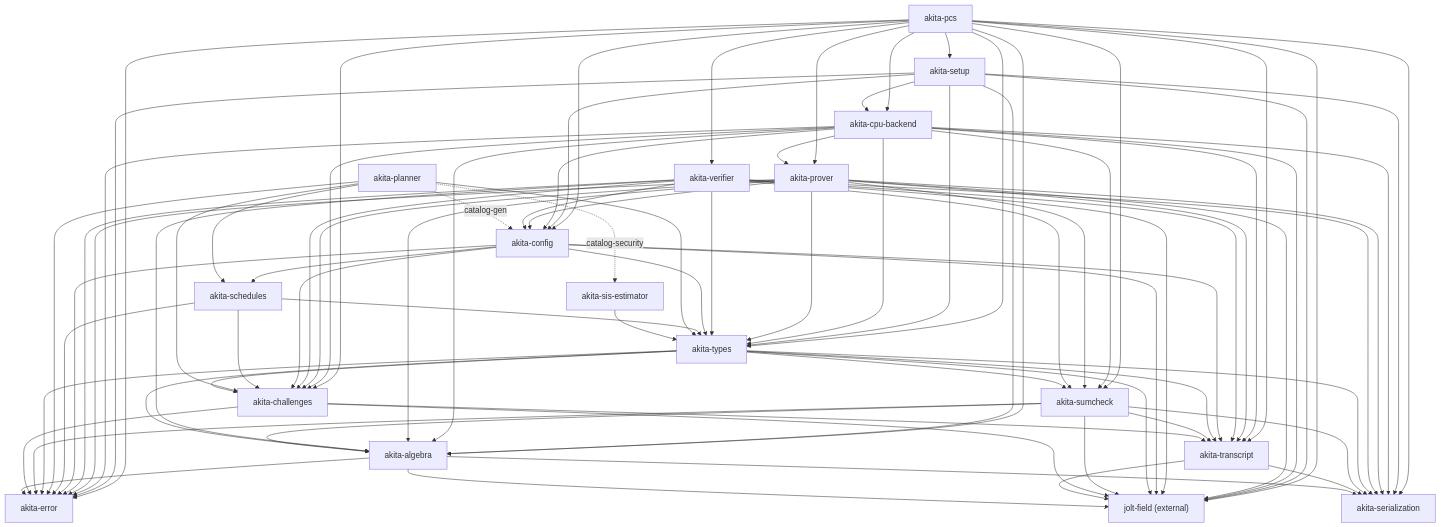
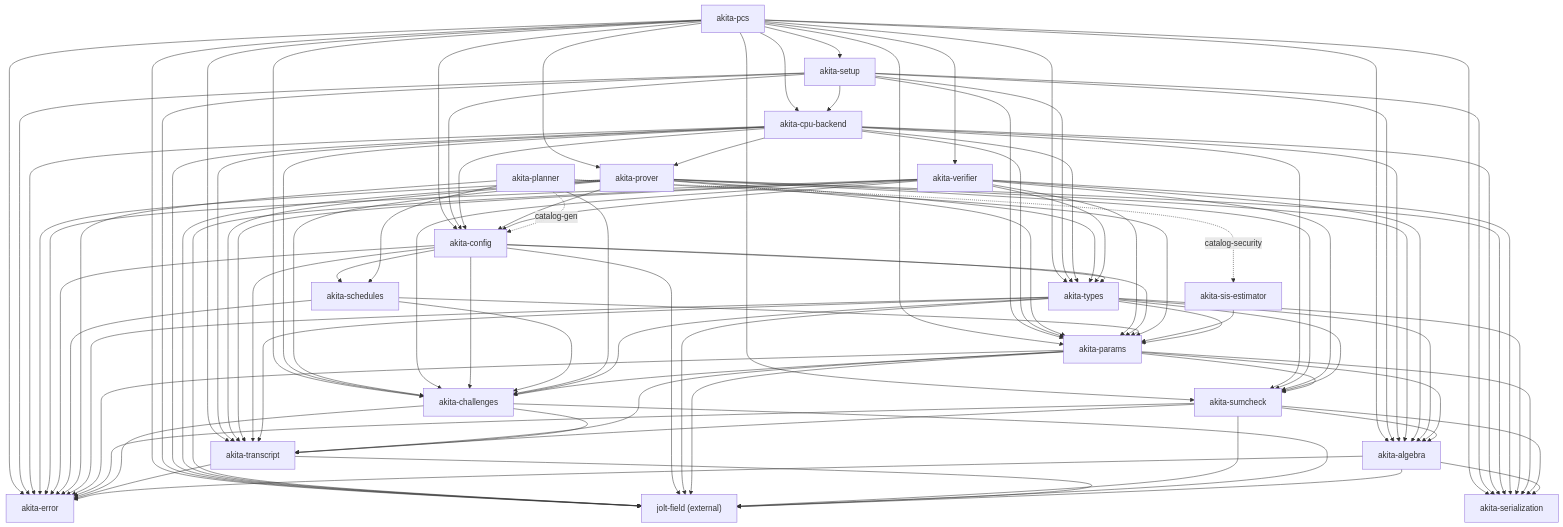
Before and after one commit to LayerZero-Labs/akita: the diagram in docs/crate-graph.md, drawn with Mermaid. The commit also changed other lines of this file and 735 other files, not shown here.

```diff
--- a/docs/crate-graph.md
+++ b/docs/crate-graph.md
@@ -44,6 +45,7 @@
   Transcript["akita-transcript"]
   Challenges["akita-challenges"]
   Sumcheck["akita-sumcheck"]
+  Params["akita-params"]
   Types["akita-types"]
   SisEstimator["akita-sis-estimator"]
   Planner["akita-planner"]
@@ -58,8 +60,8 @@
   Algebra --> Error
   Algebra --> Field
   Algebra --> Ser
+  Transcript --> Error
   Transcript --> Field
-  Transcript --> Ser
   Challenges --> Error
   Challenges --> Field
   Challenges --> Transcript
@@ -68,6 +70,14 @@
   Sumcheck --> Field
   Sumcheck --> Ser
   Sumcheck --> Transcript
+  Params --> Error
+  Params --> Algebra
+  Params --> Challenges
+  Params --> Field
+  Params --> Ser
+  Params --> Sumcheck
+  Params --> Transcript
+  Types --> Params
   Types --> Error
   Types --> Algebra
   Types --> Challenges
@@ -75,22 +85,24 @@
   Types --> Ser
   Types --> Sumcheck
   Types --> Transcript
-  SisEstimator --> Types
+  SisEstimator --> Params
   Planner --> Error
   Planner --> Challenges
   Planner --> Schedules
-  Planner --> Types
+  Planner --> Params
   Planner -. catalog-gen .-> Config
   Planner -. catalog-security .-> SisEstimator
   Schedules --> Error
   Schedules --> Challenges
-  Schedules --> Types
+  Schedules --> Params
+  Config --> Params
   Config --> Error
   Config --> Challenges
   Config --> Field
   Config --> Transcript
   Config --> Types
   Config --> Schedules
+  Verifier --> Params
   Verifier --> Error
   Verifier --> Algebra
   Verifier --> Challenges
@@ -100,6 +112,7 @@
   Verifier --> Sumcheck
   Verifier --> Transcript
   Verifier --> Types
+  Prover --> Params
   Prover --> Error
   Prover --> Algebra
   Prover --> Challenges
@@ -110,6 +123,7 @@
   Prover --> Transcript
   Prover --> Types
   Cpu --> Prover
+  Cpu --> Params
   Cpu --> Error
   Cpu --> Algebra
   Cpu --> Challenges
@@ -119,6 +133,7 @@
   Cpu --> Sumcheck
   Cpu --> Transcript
   Cpu --> Types
+  Setup --> Params
   Setup --> Error
   Setup --> Algebra
   Setup --> Config
@@ -126,6 +141,7 @@
   Setup --> Cpu
   Setup --> Ser
   Setup --> Types
+  Pcs --> Params
   Pcs --> Error
   Pcs --> Algebra
   Pcs --> Challenges
```
